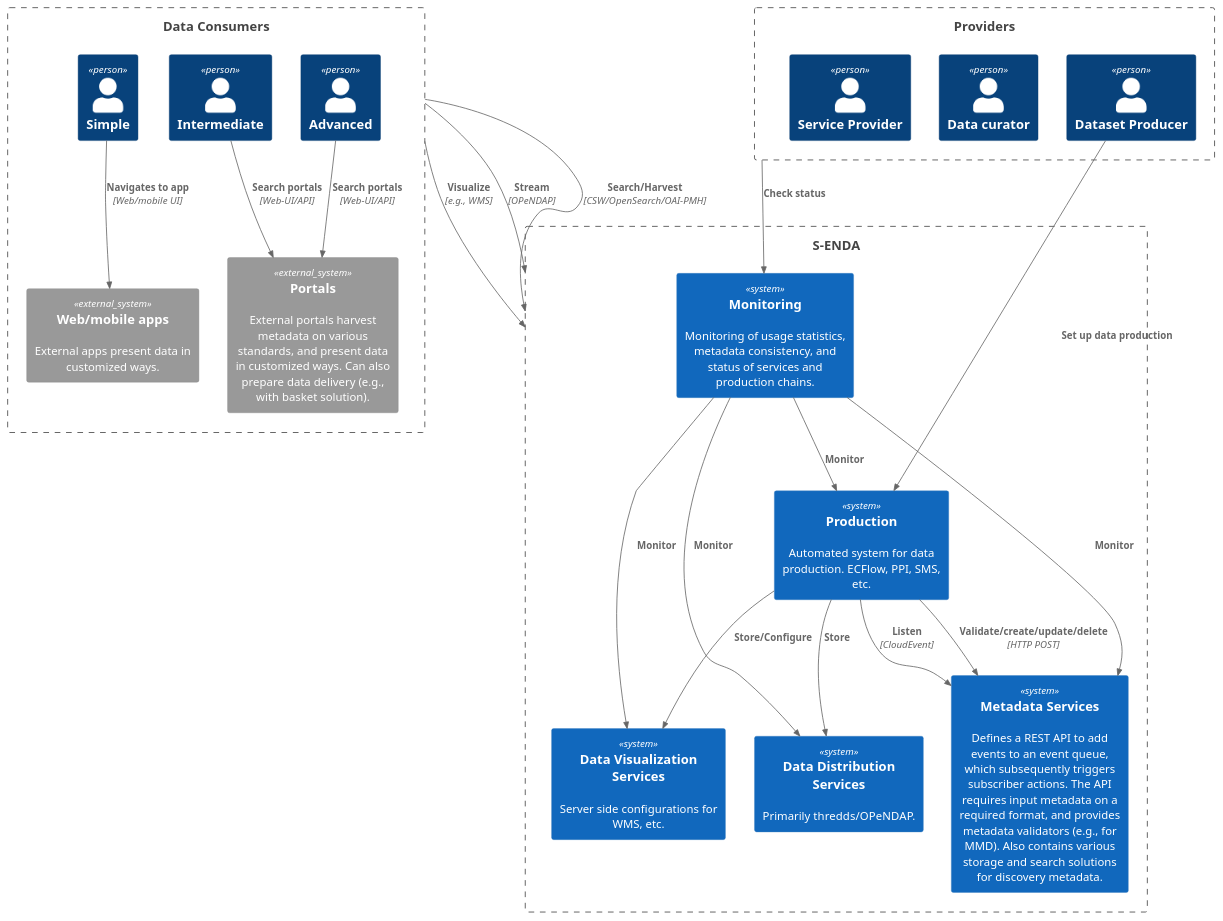
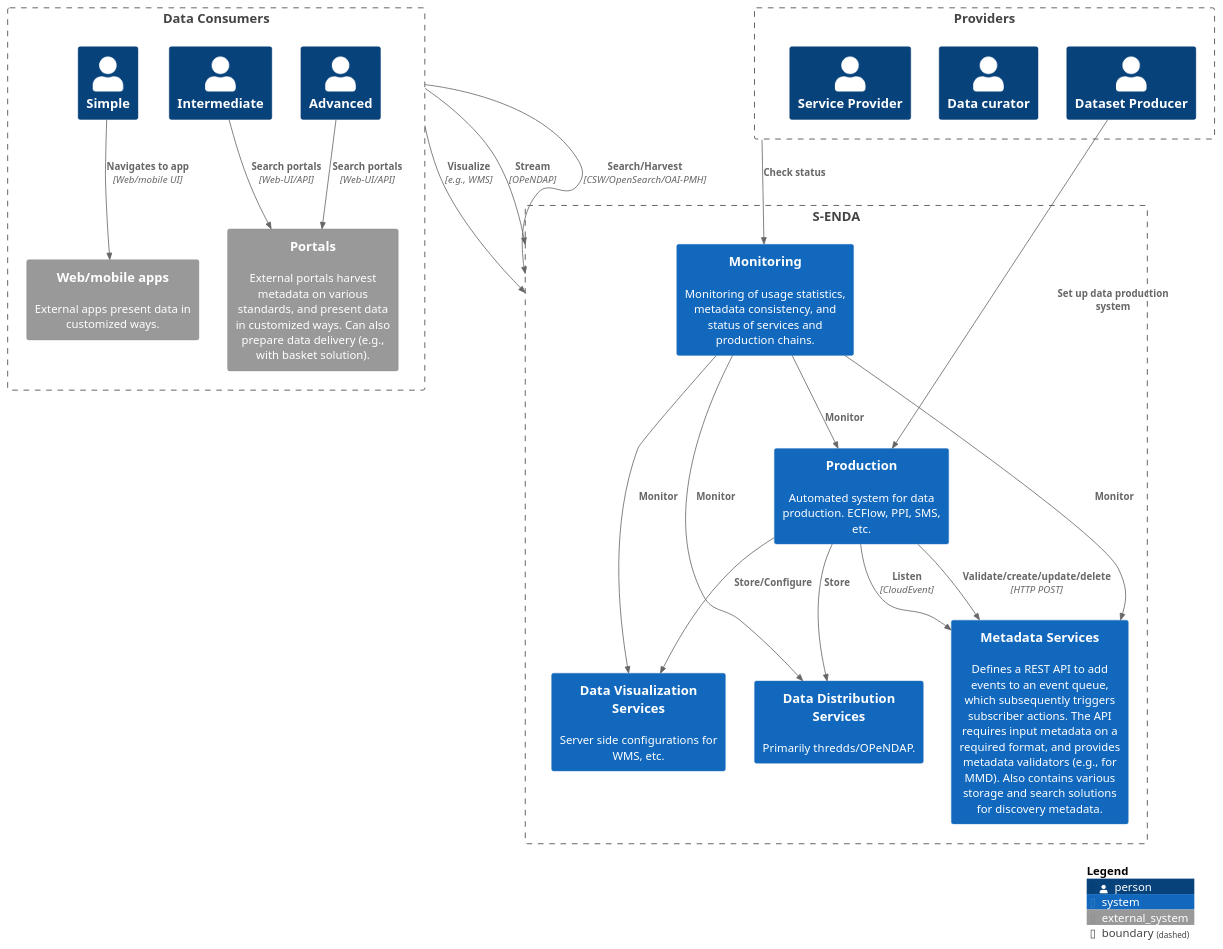
Before and after one commit to metno/S-ENDA-documentation: the diagram in source/puml/architecture/S-ENDA-context-diagram.puml, drawn with PlantUML. The commit also changed 3 other files, not shown here.

Commit message:
#294: updated production container diagram, and made the diagrams more consistent

```diff
--- a/source/puml/architecture/S-ENDA-context-diagram.puml
+++ b/source/puml/architecture/S-ENDA-context-diagram.puml
@@ -1,62 +1,64 @@
 @startuml S-ENDA-C4-context-diagram
 !include https://raw.githubusercontent.com/plantuml-stdlib/C4-PlantUML/master/C4_Container.puml
 
 LAYOUT_TOP_DOWN()
 
 Boundary(consumers, "Data Consumers"){
   Person(advanced, "Advanced")
   Person(intermediate, "Intermediate")
   Person(simple, "Simple")
 
   System_Ext(portals, "Portals", "External portals harvest metadata on various standards, and present data in customized ways. Can also prepare data delivery (e.g., with basket solution).")
   System_Ext(apps, "Web/mobile apps", "External apps present data in customized ways.")
 }
     
 Boundary(providers, "Providers") {
     Person(dataprovider, "Dataset Producer")
     Person(datacurator, "Data curator")
     Person(serviceprovider, "Service Provider")
 }
 
 Boundary(systems, "S-ENDA") {
     System(dmservice, "Metadata Services", "Defines a REST API to add events to an event queue, which subsequently triggers subscriber actions. The API requires input metadata on a required format, and provides metadata validators (e.g., for MMD). Also contains various storage and search solutions for discovery metadata.")
     System(productionhub, "Production", "Automated system for data production. ECFlow, PPI, SMS, etc.")
     System(dist_systems, "Data Distribution Services", "Primarily thredds/OPeNDAP.")
     System(vis_systems, "Data Visualization Services", "Server side configurations for WMS, etc.")
     System(monitoring, "Monitoring", "Monitoring of usage statistics, metadata consistency, and status of services and production chains.")
 }
 
 Rel(advanced, portals, "Search portals", "Web-UI/API")
 Rel(intermediate, portals, "Search portals", "Web-UI/API")
 Rel(simple, apps, "Navigates to app", "Web/mobile UI")
 
 Rel(consumers, systems, "Search/Harvest", "CSW/OpenSearch/OAI-PMH")
 Rel(consumers, systems, "Visualize", "e.g., WMS")
 Rel(consumers, systems, "Stream", "OPeNDAP")
 
 'Rel(advanced, dmservice, "Search", "CSW/OpenSearch")
 'Rel(portals, dmservice, "Harvest metadata", "CSW/OAI-PMH")
 'Rel(apps, dmservice, "Harvest metadata", "CSW/OpenSearch")
 '
 'Rel(apps, vis_systems, "Visualize data")
 'Rel(portals, vis_systems, "Visualize data")
 '
 'Rel(portals, dist_systems, "Stream data")
 'Rel(advanced, dist_systems, "Stream data")
 
 
 'Rel(providers, dmservice, "Register metadata")
 Rel(providers, monitoring, "Check status")
 
-Rel(dataprovider, productionhub, "Set up data production")
+Rel(dataprovider, productionhub, "Set up data production system")
 Rel(productionhub, dist_systems, "Store")
 Rel(productionhub, dmservice, "Validate/create/update/delete", "HTTP POST")
 Rel(productionhub, dmservice, "Listen", "CloudEvent")
 Rel(productionhub, vis_systems, "Store/Configure")
 
 Rel(monitoring, dist_systems, "Monitor")
 Rel(monitoring, dmservice, "Monitor")
 Rel(monitoring, productionhub, "Monitor")
 Rel(monitoring, vis_systems, "Monitor")
 
+SHOW_LEGEND()
+
 @enduml
```
